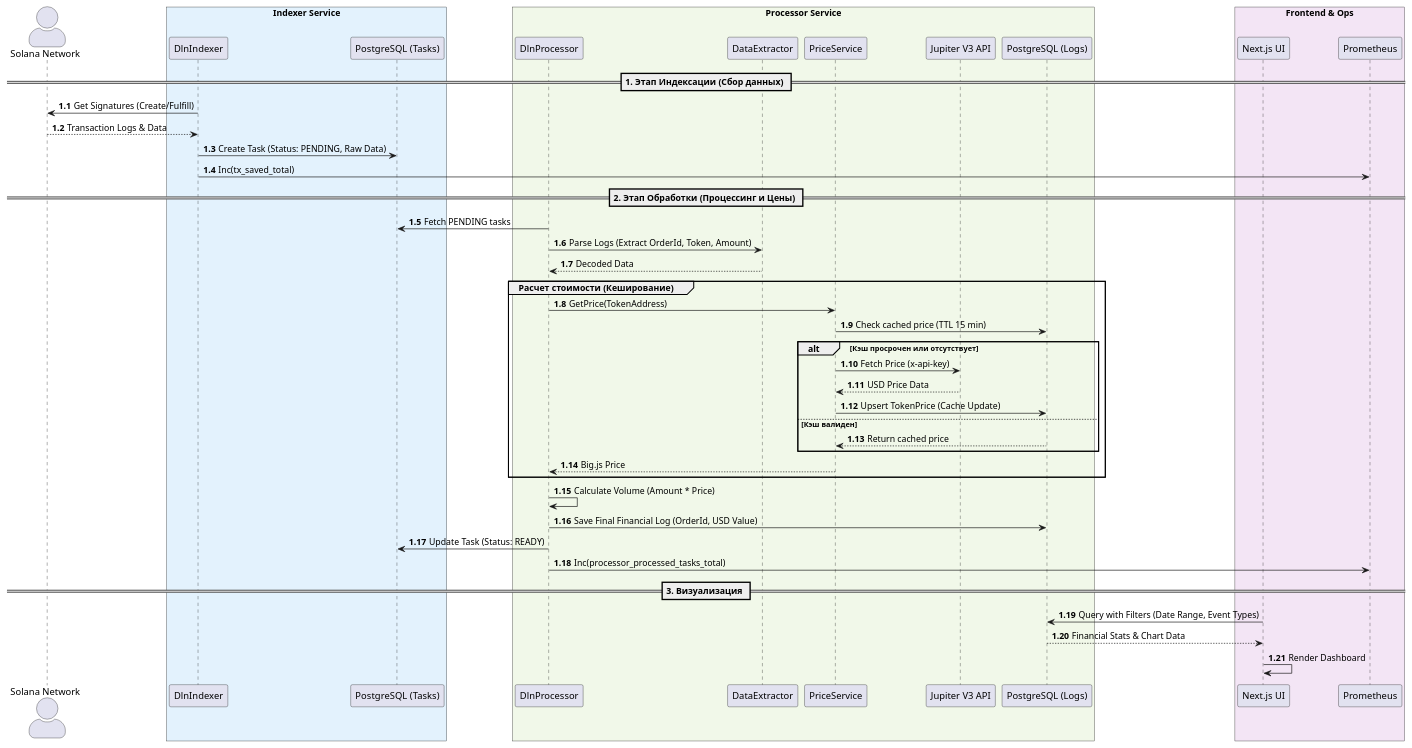
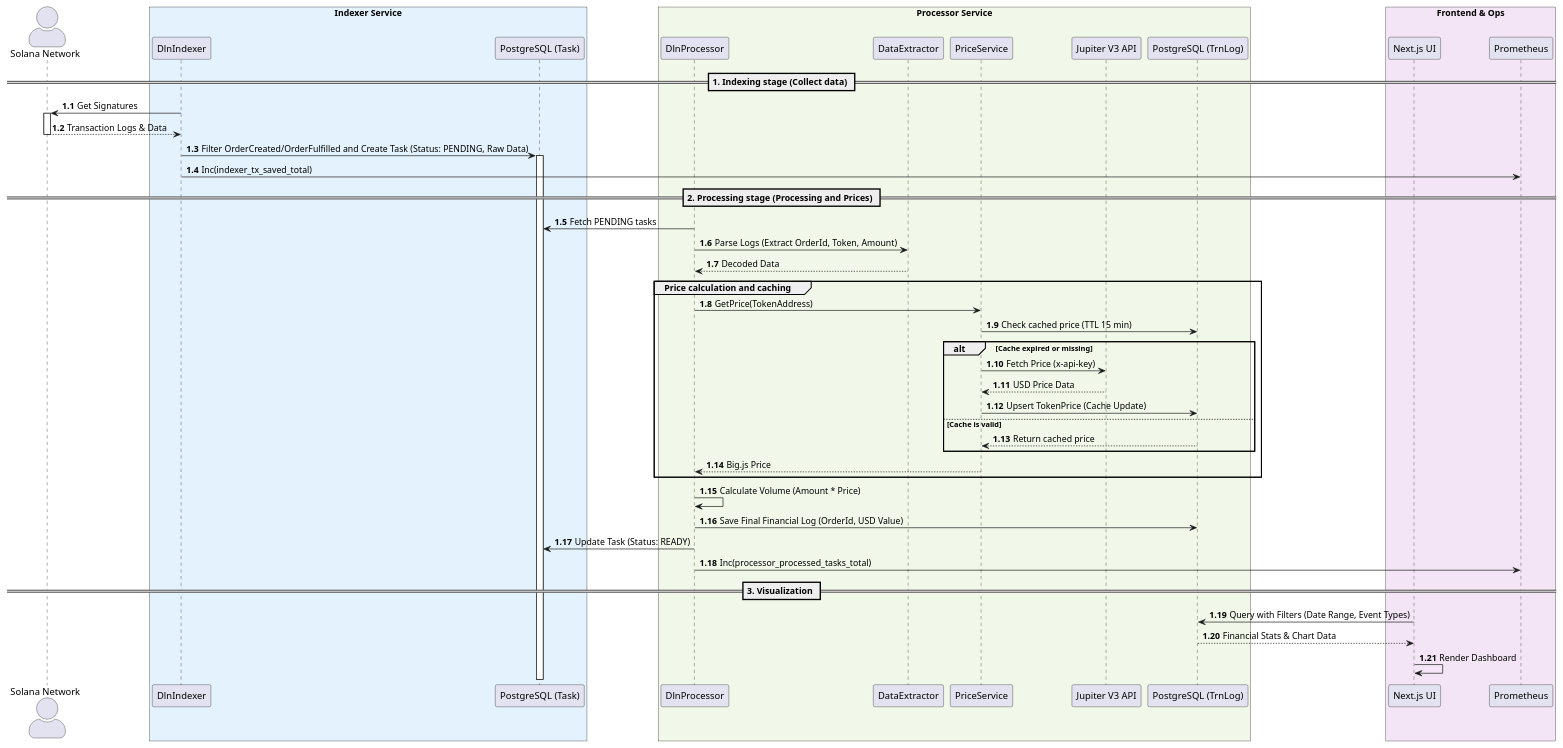
Before and after one commit to plcgi1/dln-indexer: the diagram in docs/indexer-flow.puml, drawn with PlantUML. The commit also changed 19 other files, not shown here.

```diff
--- a/docs/indexer-flow.puml
+++ b/docs/indexer-flow.puml
@@ -1,64 +1,64 @@
 @startuml
 skinparam actorStyle awesome
 autonumber
 autonumber 1.1
 
 actor "Solana Network" as Solana
 
 box "Indexer Service" #E3F2FD
     participant "DlnIndexer" as Indexer
-    participant "PostgreSQL (Tasks)" as DB_Tasks
+    participant "PostgreSQL (Task)" as DB_Tasks
 end box
 
 box "Processor Service" #F1F8E9
     participant "DlnProcessor" as Processor
     participant "DataExtractor" as Extractor
     participant "PriceService" as Price
     participant "Jupiter V3 API" as Jupiter
-    participant "PostgreSQL (Logs)" as DB_Logs
+    participant "PostgreSQL (TrnLog)" as DB_Logs
 end box
 
 box "Frontend & Ops" #F3E5F5
     participant "Next.js UI" as UI
     participant "Prometheus" as Prom
 end box
 
-== 1. Этап Индексации (Сбор данных) ==
+== 1. Indexing stage (Collect data) ==
 
-Indexer -> Solana : Get Signatures (Create/Fulfill)
-Solana --> Indexer : Transaction Logs & Data
-Indexer -> DB_Tasks : Create Task (Status: PENDING, Raw Data)
-Indexer -> Prom : Inc(tx_saved_total)
+Indexer -> Solana++ : Get Signatures
+Solana --> Indexer-- : Transaction Logs & Data
+Indexer -> DB_Tasks++ : Filter OrderCreated/OrderFulfilled and Create Task (Status: PENDING, Raw Data)
+Indexer -> Prom : Inc(indexer_tx_saved_total)
 
-== 2. Этап Обработки (Процессинг и Цены) ==
+== 2. Processing stage (Processing and Prices) ==
 
 Processor -> DB_Tasks : Fetch PENDING tasks
 Processor -> Extractor : Parse Logs (Extract OrderId, Token, Amount)
 Extractor --> Processor : Decoded Data
 
-    group Расчет стоимости (Кеширование)
+    group Price calculation and caching
         Processor -> Price : GetPrice(TokenAddress)
         Price -> DB_Logs : Check cached price (TTL 15 min)
-        
-        alt Кэш просрочен или отсутствует
+
+        alt Cache expired or missing
             Price -> Jupiter : Fetch Price (x-api-key)
             Jupiter --> Price : USD Price Data
             Price -> DB_Logs : Upsert TokenPrice (Cache Update)
-        else Кэш валиден
+        else Cache is valid
             DB_Logs --> Price : Return cached price
         end
         Price --> Processor : Big.js Price
     end
 
 Processor -> Processor : Calculate Volume (Amount * Price)
 Processor -> DB_Logs : Save Final Financial Log (OrderId, USD Value)
 Processor -> DB_Tasks : Update Task (Status: READY)
 Processor -> Prom : Inc(processor_processed_tasks_total)
 
-== 3. Визуализация ==
+== 3. Visualization ==
 
 UI -> DB_Logs : Query with Filters (Date Range, Event Types)
 DB_Logs --> UI : Financial Stats & Chart Data
 UI -> UI : Render Dashboard
 
 @enduml
```
